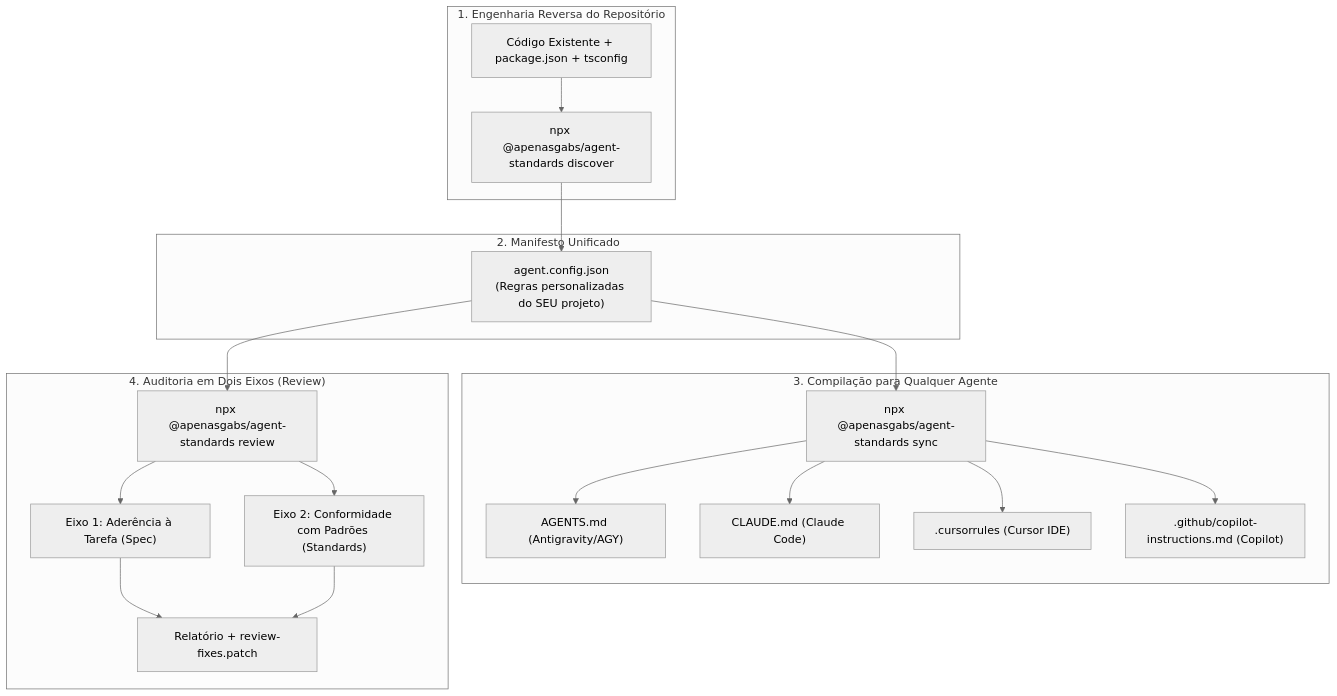
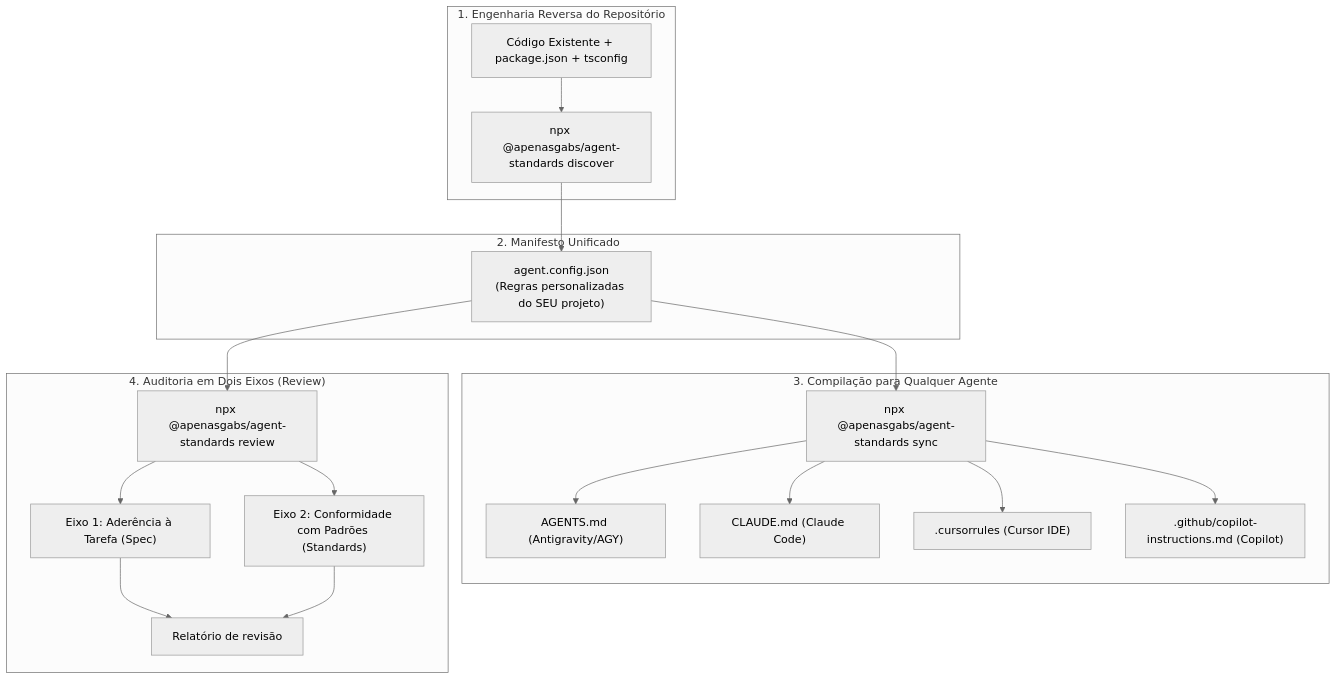
Before and after one commit to ApenasGabs/agent-standards: the diagram in README.md, drawn with Mermaid (neutral theme). The commit also changed other lines of this file and 12 other files, not shown here.

````diff
--- a/README.md
+++ b/README.md
@@ -32,40 +32,40 @@
 ```mermaid
 flowchart TD
     subgraph INPUT ["1. Engenharia Reversa do Repositório"]
         Repo["Código Existente + package.json + tsconfig"]
         Discover["npx @apenasgabs/agent-standards discover"]
     end
 
     subgraph CONFIG ["2. Manifesto Unificado"]
         Config["agent.config.json<br/>(Regras personalizadas do SEU projeto)"]
     end
 
     subgraph OUTPUT ["3. Compilação para Qualquer Agente"]
         Sync["npx @apenasgabs/agent-standards sync"]
         AGY["AGENTS.md (Antigravity/AGY)"]
         Claude["CLAUDE.md (Claude Code)"]
         Cursor[".cursorrules (Cursor IDE)"]
         Copilot[".github/copilot-instructions.md (Copilot)"]
     end
 
     subgraph REVIEW ["4. Auditoria em Dois Eixos (Review)"]
         ReviewCmd["npx @apenasgabs/agent-standards review"]
         SpecAxis["Eixo 1: Aderência à Tarefa (Spec)"]
         StandardsAxis["Eixo 2: Conformidade com Padrões (Standards)"]
-        Report["Relatório + review-fixes.patch"]
+        Report["Relatório de revisão"]
     end
 
     Repo --> Discover
     Discover --> Config
     Config --> Sync
     Sync --> AGY
     Sync --> Claude
     Sync --> Cursor
     Sync --> Copilot
 
     Config --> ReviewCmd
     ReviewCmd --> SpecAxis
     ReviewCmd --> StandardsAxis
     SpecAxis --> Report
     StandardsAxis --> Report
 ```
````
